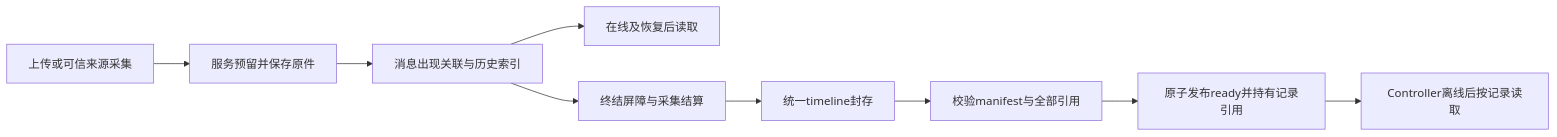
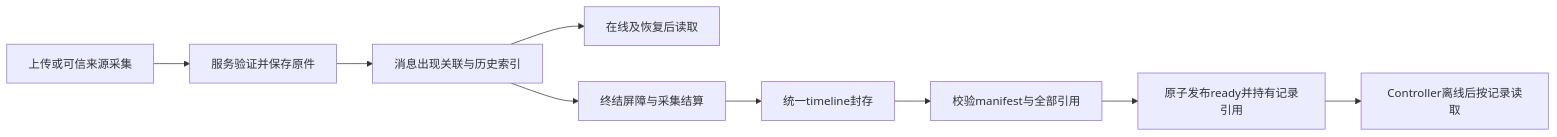
One commit to codetreker/daynight changed the diagram in docs/design/session-image-archives.md. Above: the diagram before and after it, drawn with Mermaid. The commit also changed other lines of this file and 65 other files, not shown here.

````diff
--- a/docs/design/session-image-archives.md
+++ b/docs/design/session-image-archives.md
@@ -15,11 +15,11 @@
 ```mermaid
 flowchart LR
-  A[上传或可信来源采集] --> B[服务预留并保存原件]
+  A[上传或可信来源采集] --> B[服务验证并保存原件]
   B --> C[消息出现关联与历史索引]
   C --> D[在线及恢复后读取]
   C --> E[终结屏障与采集结算]
   E --> F[统一timeline封存]
   F --> G[校验manifest与全部引用]
   G --> H[原子发布ready并持有记录引用]
   H --> I[Controller离线后按记录读取]
 ```
````
